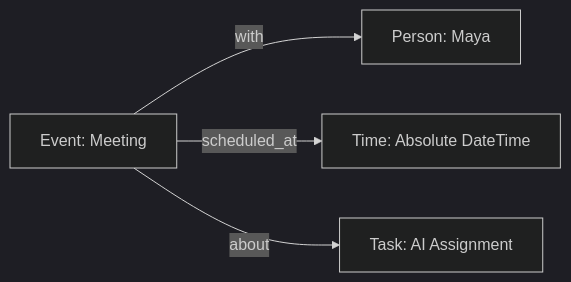
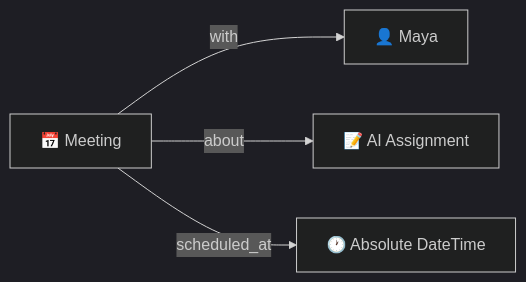
One commit to AroonZafar/EchoMind changed the fourth of 8 diagrams in README.md. Above: the diagram before and after it, drawn with Mermaid (dark theme). The commit also changed other lines of this file, not shown here.

````diff
--- a/README.md
+++ b/README.md
@@ -303,11 +236,11 @@
-```mermaid
+~~~mermaid
 graph LR
-    Maya[Person: Maya]
-    Meeting[Event: Meeting]
-    Time[Time: Absolute DateTime]
-    Task[Task: AI Assignment]
+    Maya[👤 Maya]
+    Meeting[📅 Meeting]
+    Task[📝 AI Assignment]
+    Time[🕐 Absolute DateTime]
 
     Meeting -->|with| Maya
+    Meeting -->|about| Task
     Meeting -->|scheduled_at| Time
-    Meeting -->|about| Task
-```
+~~~
````
